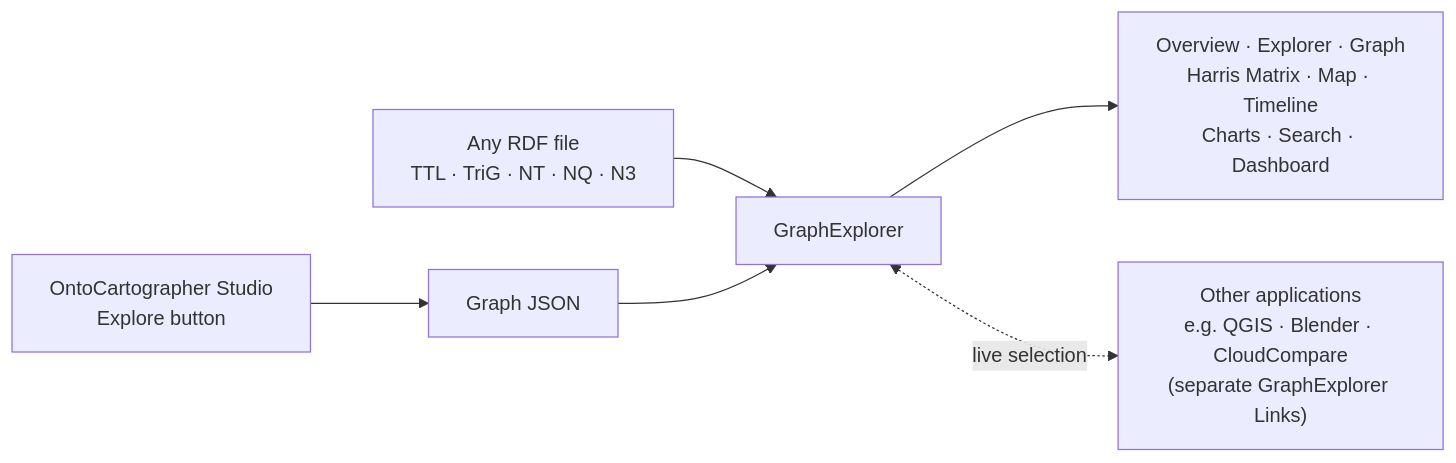
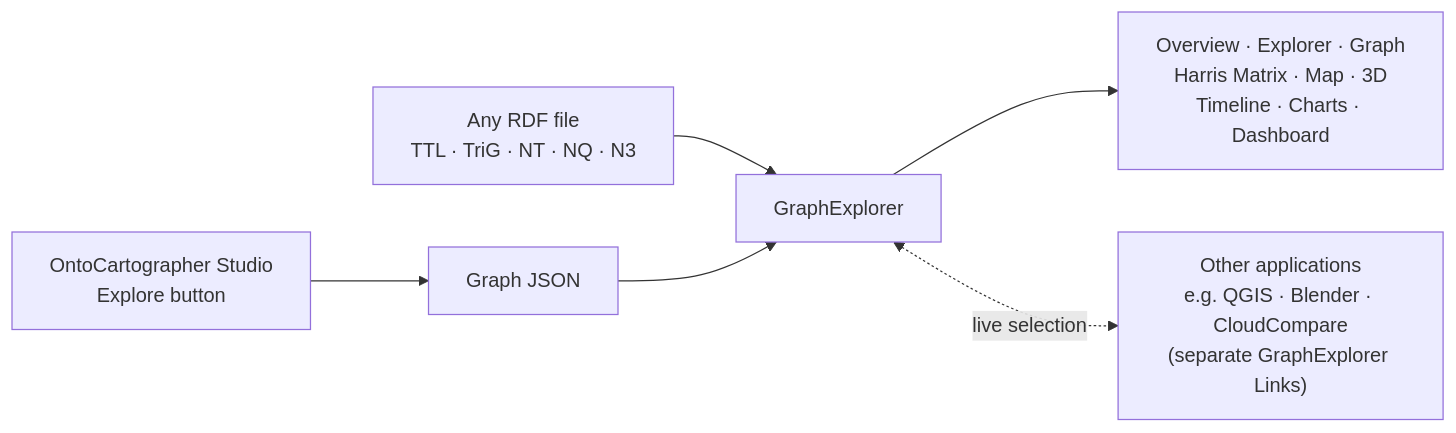
The diagram in README.md (oeai-dac/GraphExplorer), drawn with Mermaid before and after one commit. The commit also changed other lines of this file and 25 other files, not shown here.

````diff
--- a/README.md
+++ b/README.md
@@ -25,8 +25,8 @@
 ```mermaid
 flowchart LR
     S["OntoCartographer Studio<br/>Explore button"] --> J["Graph JSON"]
     R["Any RDF file<br/>TTL · TriG · NT · NQ · N3"] --> G
     J --> G["GraphExplorer"]
-    G --> V["Overview · Explorer · Graph<br/>Harris Matrix · Map · Timeline<br/>Charts · Search · Dashboard"]
+    G --> V["Overview · Explorer · Graph<br/>Harris Matrix · Map · 3D<br/>Timeline · Charts · Dashboard"]
     G <-. "live selection" .-> P["Other applications<br/>e.g. QGIS · Blender · CloudCompare<br/>(separate GraphExplorer Links)"]
 ```
````
